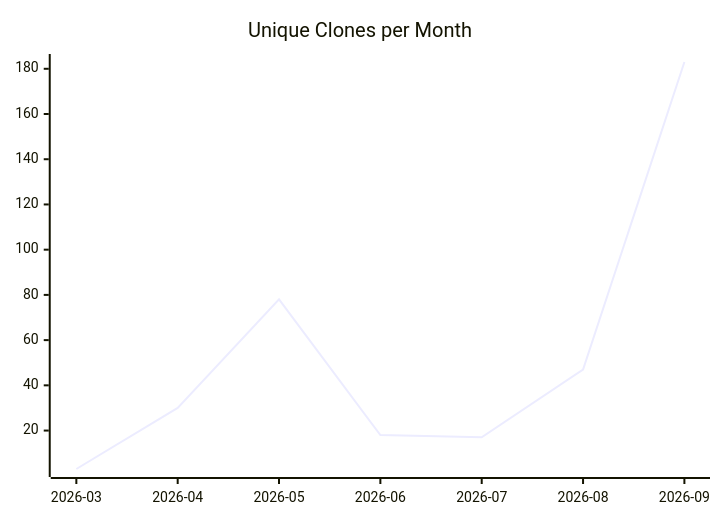
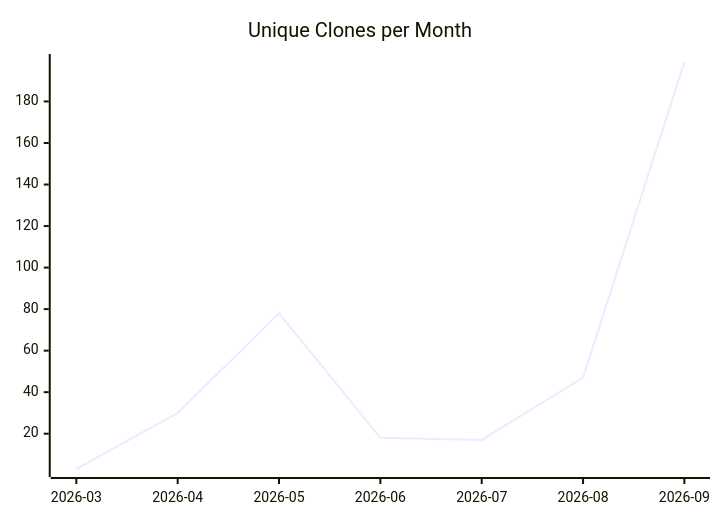
One commit to justdavis-family/github-analytics-data changed the third of 3 diagrams in karlmdavis/justdavis-ansible/README.md. Above: the diagram before and after it, drawn with Mermaid. The commit also changed other lines of this file and 196 other files, not shown here.

````diff
--- a/karlmdavis/justdavis-ansible/README.md
+++ b/karlmdavis/justdavis-ansible/README.md
@@ -19,6 +19,6 @@
 ```mermaid
 xychart-beta
   title "Unique Clones per Month"
   x-axis ["2026-03", "2026-04", "2026-05", "2026-06", "2026-07", "2026-08", "2026-09"]
-  line [3, 30, 78, 18, 17, 47, 183]
+  line [3, 30, 78, 18, 17, 47, 199]
 ```
````
